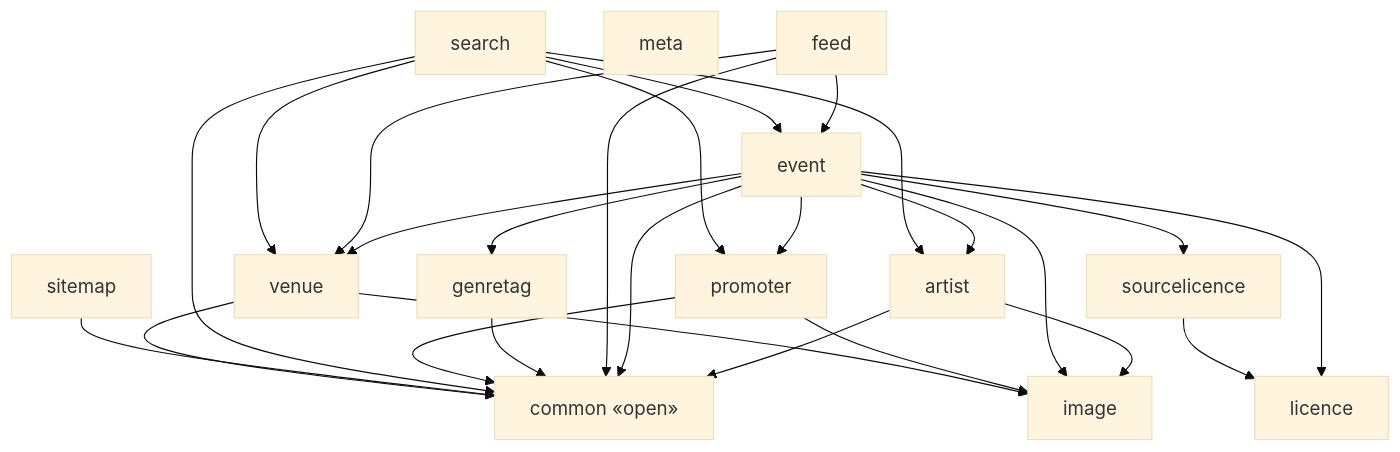
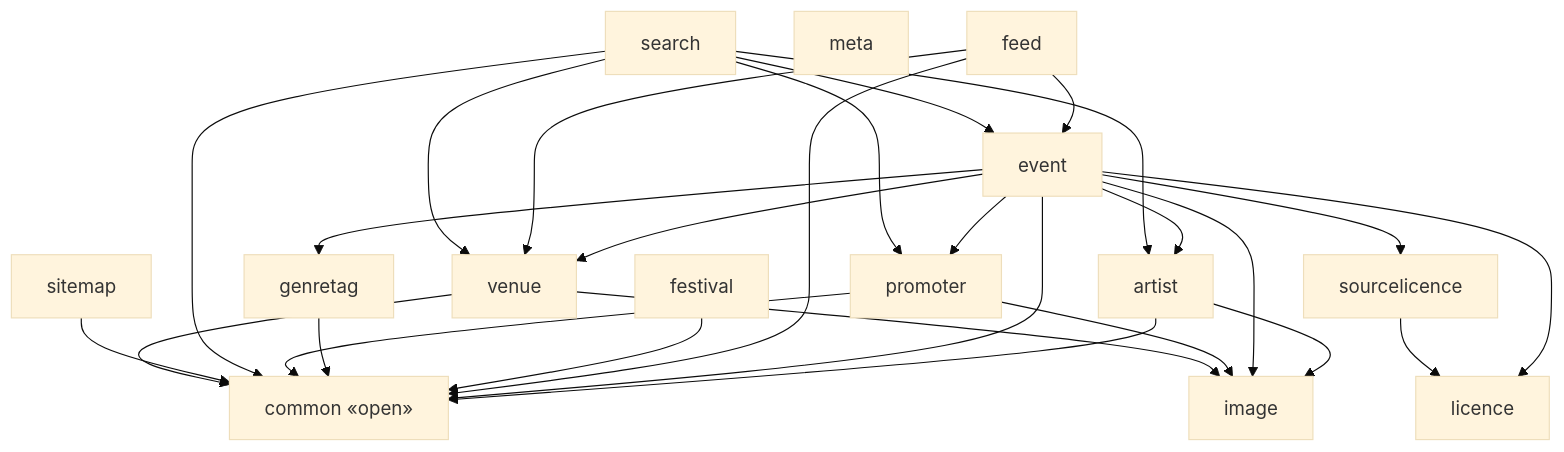
One commit to enorm-labs/event-junkie changed the diagram in docs/architecture/modules-events-bff.md. Above: the diagram before and after it, drawn with Mermaid (base theme). The commit also changed 48 other files, not shown here.

````diff
--- a/docs/architecture/modules-events-bff.md
+++ b/docs/architecture/modules-events-bff.md
@@ -9,42 +9,44 @@
 ```mermaid
 flowchart TD
     artist["artist"]
     common["common «open»"]
     event["event"]
     feed["feed"]
+    festival["festival"]
     genretag["genretag"]
     image["image"]
     licence["licence"]
     meta["meta"]
     promoter["promoter"]
     search["search"]
     sitemap["sitemap"]
     sourcelicence["sourcelicence"]
     venue["venue"]
 
     artist --> common
     artist --> image
     event --> artist
     event --> common
     event --> genretag
     event --> image
     event --> licence
     event --> promoter
     event --> sourcelicence
     event --> venue
     feed --> common
     feed --> event
     feed --> venue
+    festival --> common
     genretag --> common
     promoter --> common
     promoter --> image
     search --> artist
     search --> common
     search --> event
     search --> promoter
     search --> venue
     sitemap --> common
     sourcelicence --> licence
     venue --> common
     venue --> image
 ```
````
